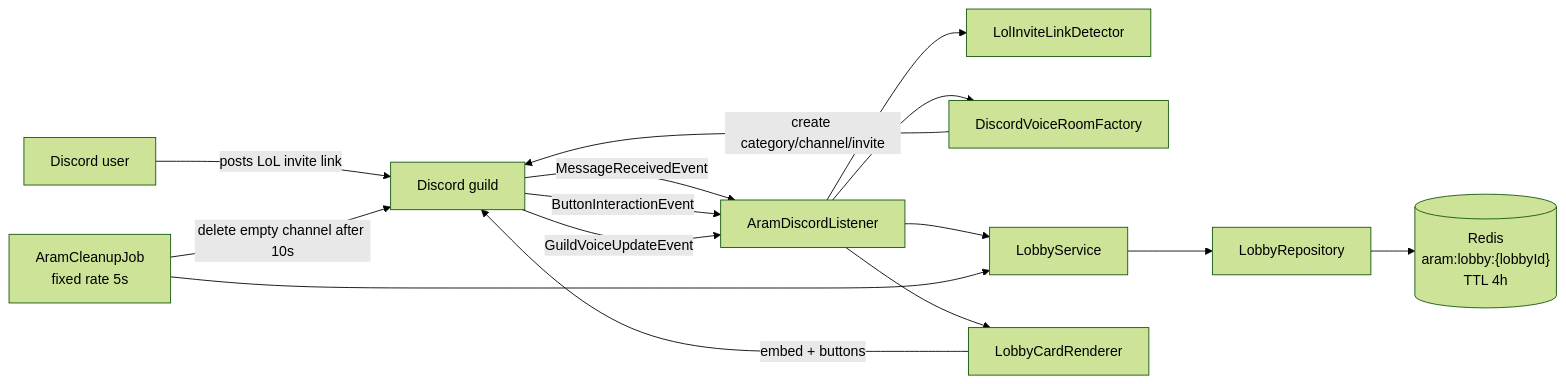
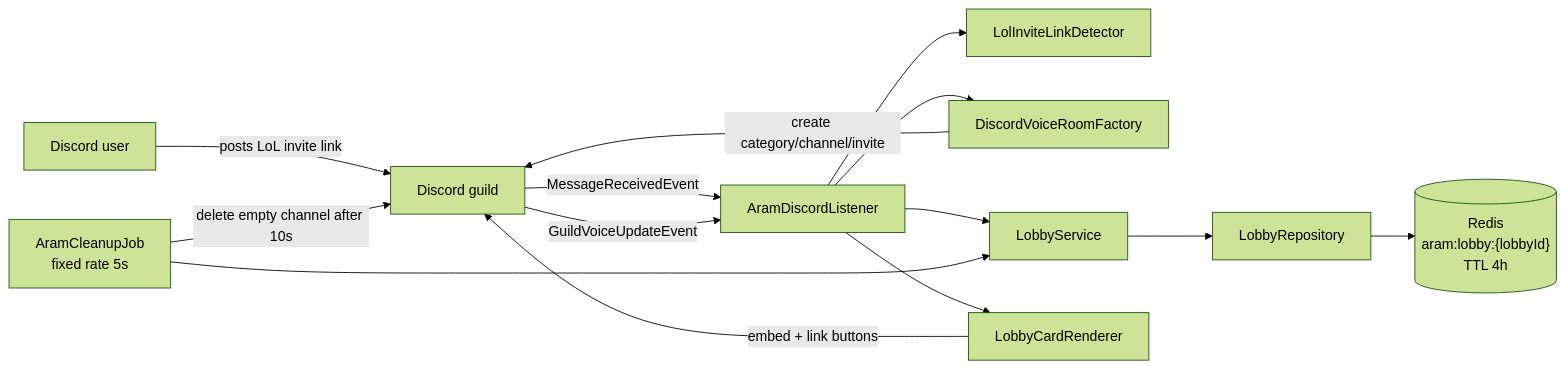
Before and after one commit to Eddie425/aram-lobby-bot: the first of 2 diagrams in docs/technical-design.md, drawn with Mermaid (forest theme). The commit also changed other lines of this file and 3 other files, not shown here.

````diff
--- a/docs/technical-design.md
+++ b/docs/technical-design.md
@@ -11,18 +11,17 @@
 ```mermaid
 flowchart LR
     user["Discord user"] -->|posts LoL invite link| discord["Discord guild"]
     discord -->|MessageReceivedEvent| listener["AramDiscordListener"]
     listener --> detector["LolInviteLinkDetector"]
     listener --> voiceFactory["DiscordVoiceRoomFactory"]
     voiceFactory -->|create category/channel/invite| discord
     listener --> service["LobbyService"]
     service --> repo["LobbyRepository"]
     repo --> redis[("Redis\naram:lobby:{lobbyId}\nTTL 4h")]
     listener --> renderer["LobbyCardRenderer"]
-    renderer -->|embed + buttons| discord
+    renderer -->|embed + link buttons| discord
 
-    discord -->|ButtonInteractionEvent| listener
     discord -->|GuildVoiceUpdateEvent| listener
     cleanup["AramCleanupJob\nfixed rate 5s"] --> service
     cleanup -->|delete empty channel after 10s| discord
 ```
````
